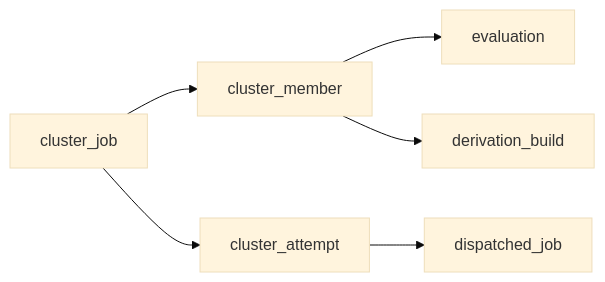
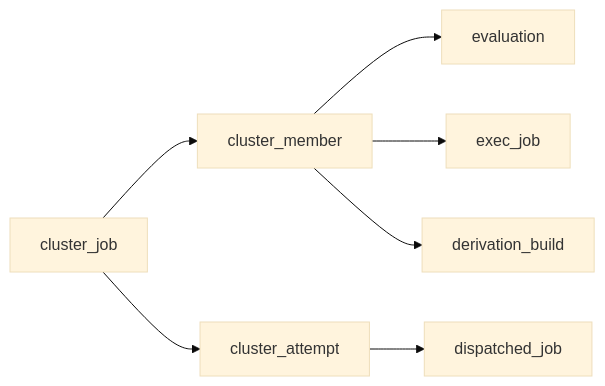
The first of 2 diagrams in docs/src/contributors/scheduler/clusters.md (wavelens/gradient), drawn with Mermaid (base theme) before and after one commit. The commit also changed other lines of this file and 3 other files, not shown here.

````diff
--- a/docs/src/contributors/scheduler/clusters.md
+++ b/docs/src/contributors/scheduler/clusters.md
@@ -5,8 +5,9 @@
 ```mermaid
 flowchart LR
     C[cluster_job] --> M[cluster_member]
     C --> A[cluster_attempt]
     M --> E[evaluation]
+    M --> R[exec_job]
     M --> B[derivation_build]
     A --> D[dispatched_job]
 ```
````
